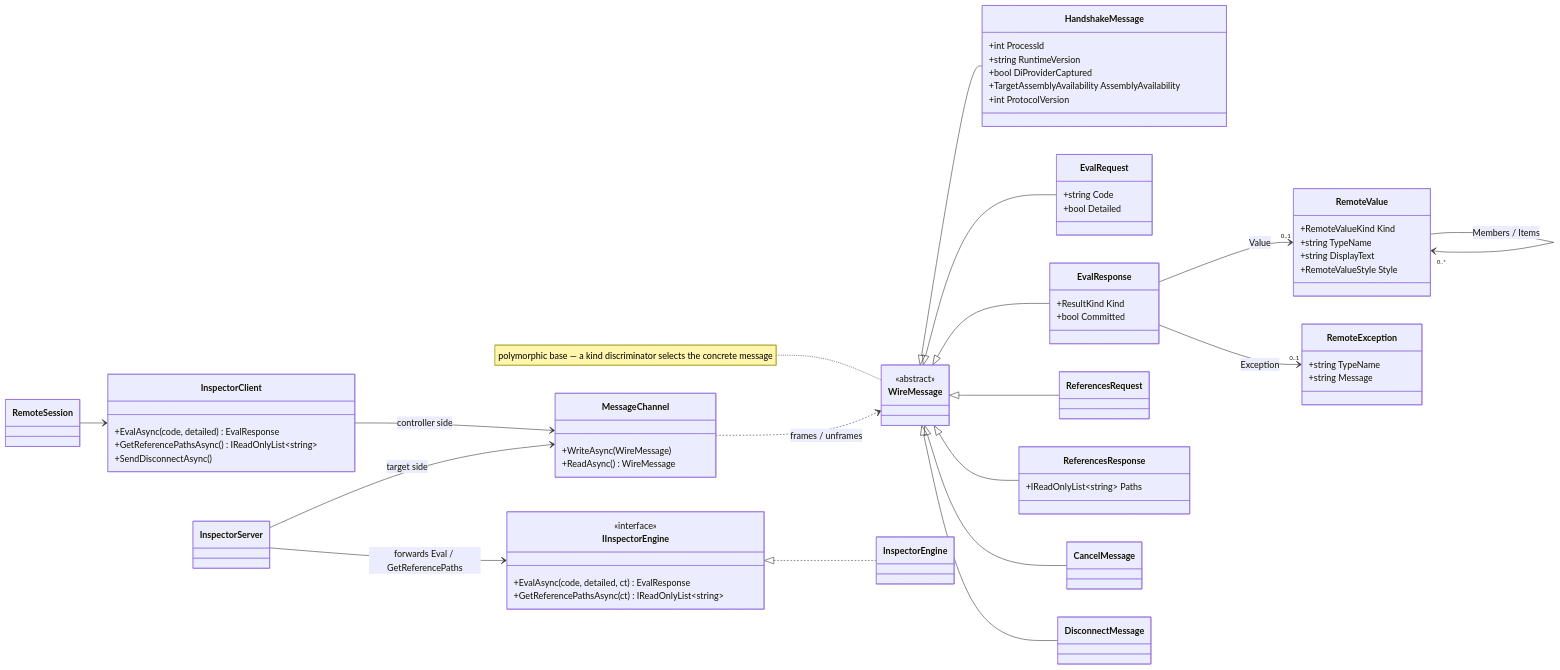
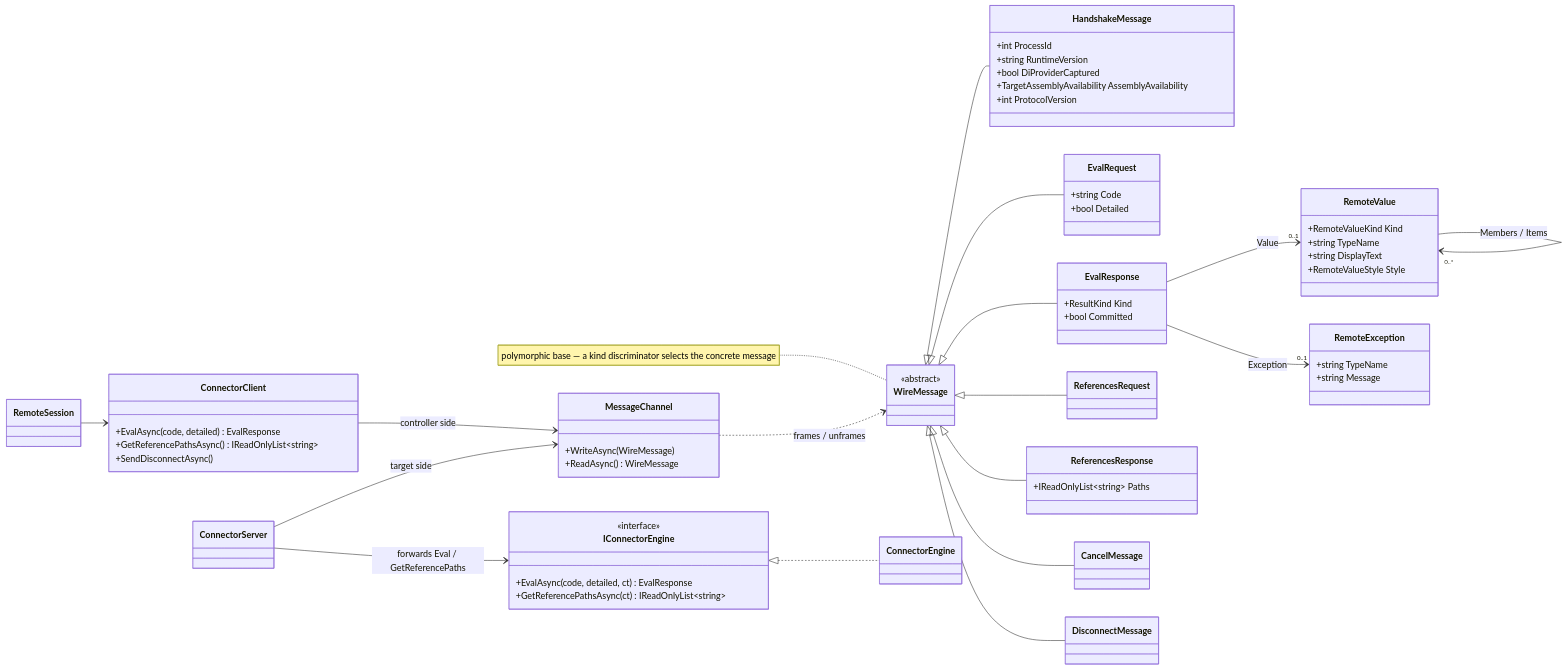
Before and after one commit to waf/CSharpRepl: the second of 2 diagrams in ARCHITECTURE.md, drawn with Mermaid. The commit also changed other lines of this file and 61 other files, not shown here.

````diff
--- a/ARCHITECTURE.md
+++ b/ARCHITECTURE.md
@@ -125,75 +125,75 @@
 ```mermaid
 classDiagram
     direction LR
 
     class WireMessage {
         <<abstract>>
     }
     note for WireMessage "polymorphic base — a kind discriminator selects the concrete message"
     class HandshakeMessage {
         +int ProcessId
         +string RuntimeVersion
         +bool DiProviderCaptured
         +TargetAssemblyAvailability AssemblyAvailability
         +int ProtocolVersion
     }
     class EvalRequest {
         +string Code
         +bool Detailed
     }
     class EvalResponse {
         +ResultKind Kind
         +bool Committed
     }
     class ReferencesRequest
     class ReferencesResponse {
         +IReadOnlyList~string~ Paths
     }
     class CancelMessage
     class DisconnectMessage
     class RemoteValue {
         +RemoteValueKind Kind
         +string TypeName
         +string DisplayText
         +RemoteValueStyle Style
     }
     class RemoteException {
         +string TypeName
         +string Message
     }
 
     WireMessage <|-- HandshakeMessage
     WireMessage <|-- EvalRequest
     WireMessage <|-- EvalResponse
     WireMessage <|-- ReferencesRequest
     WireMessage <|-- ReferencesResponse
     WireMessage <|-- CancelMessage
     WireMessage <|-- DisconnectMessage
     EvalResponse --> "0..1" RemoteValue : Value
     EvalResponse --> "0..1" RemoteException : Exception
     RemoteValue --> "0..*" RemoteValue : Members / Items
 
     class MessageChannel {
         +WriteAsync(WireMessage)
         +ReadAsync() WireMessage
     }
-    class InspectorClient {
+    class ConnectorClient {
         +EvalAsync(code, detailed) EvalResponse
         +GetReferencePathsAsync() IReadOnlyList~string~
         +SendDisconnectAsync()
     }
-    class IInspectorEngine {
+    class IConnectorEngine {
         <<interface>>
         +EvalAsync(code, detailed, ct) EvalResponse
         +GetReferencePathsAsync(ct) IReadOnlyList~string~
     }
-    class InspectorServer
-    class InspectorEngine
+    class ConnectorServer
+    class ConnectorEngine
 
-    RemoteSession --> InspectorClient
-    InspectorClient --> MessageChannel : controller side
-    InspectorServer --> MessageChannel : target side
-    InspectorServer --> IInspectorEngine : forwards Eval / GetReferencePaths
-    IInspectorEngine <|.. InspectorEngine
+    RemoteSession --> ConnectorClient
+    ConnectorClient --> MessageChannel : controller side
+    ConnectorServer --> MessageChannel : target side
+    ConnectorServer --> IConnectorEngine : forwards Eval / GetReferencePaths
+    IConnectorEngine <|.. ConnectorEngine
     MessageChannel ..> WireMessage : frames / unframes
 ```
````
